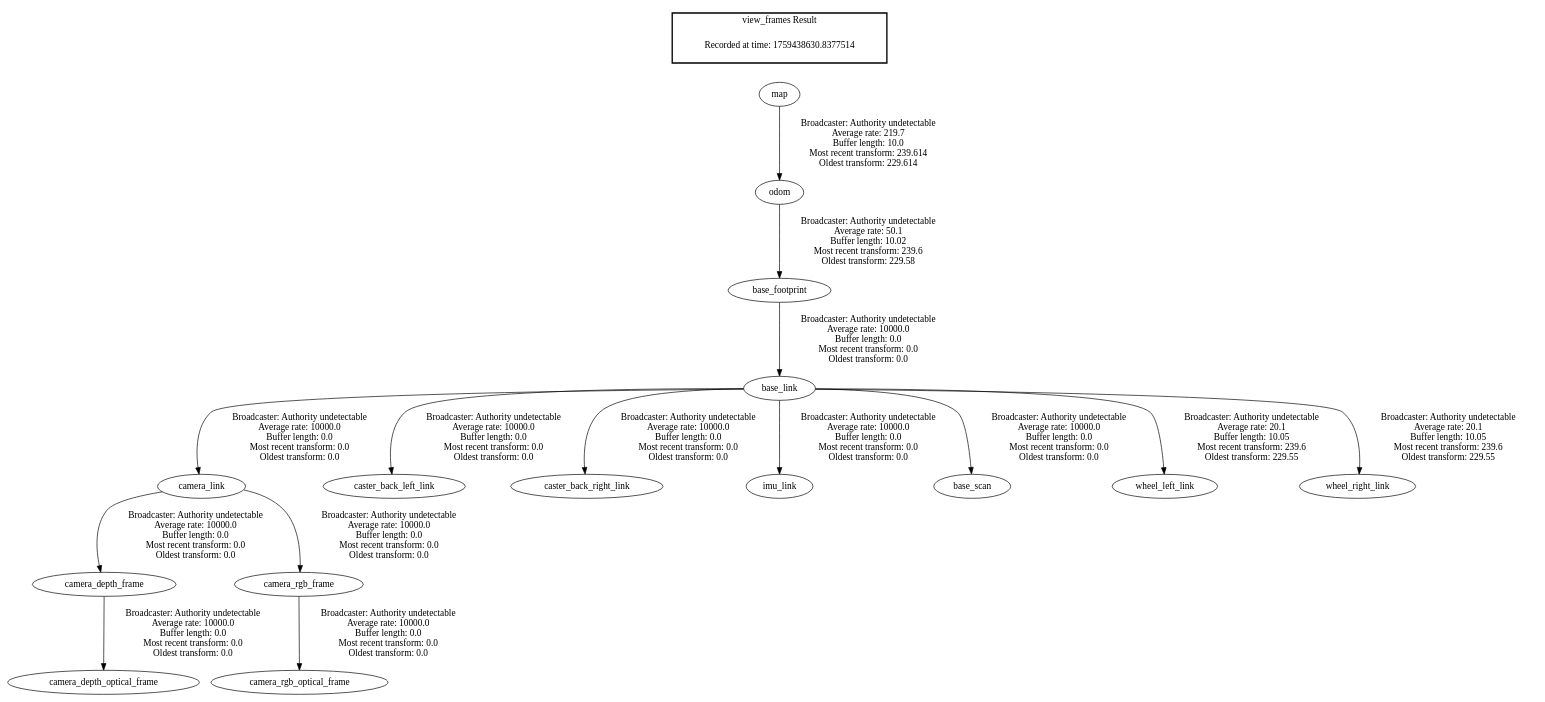
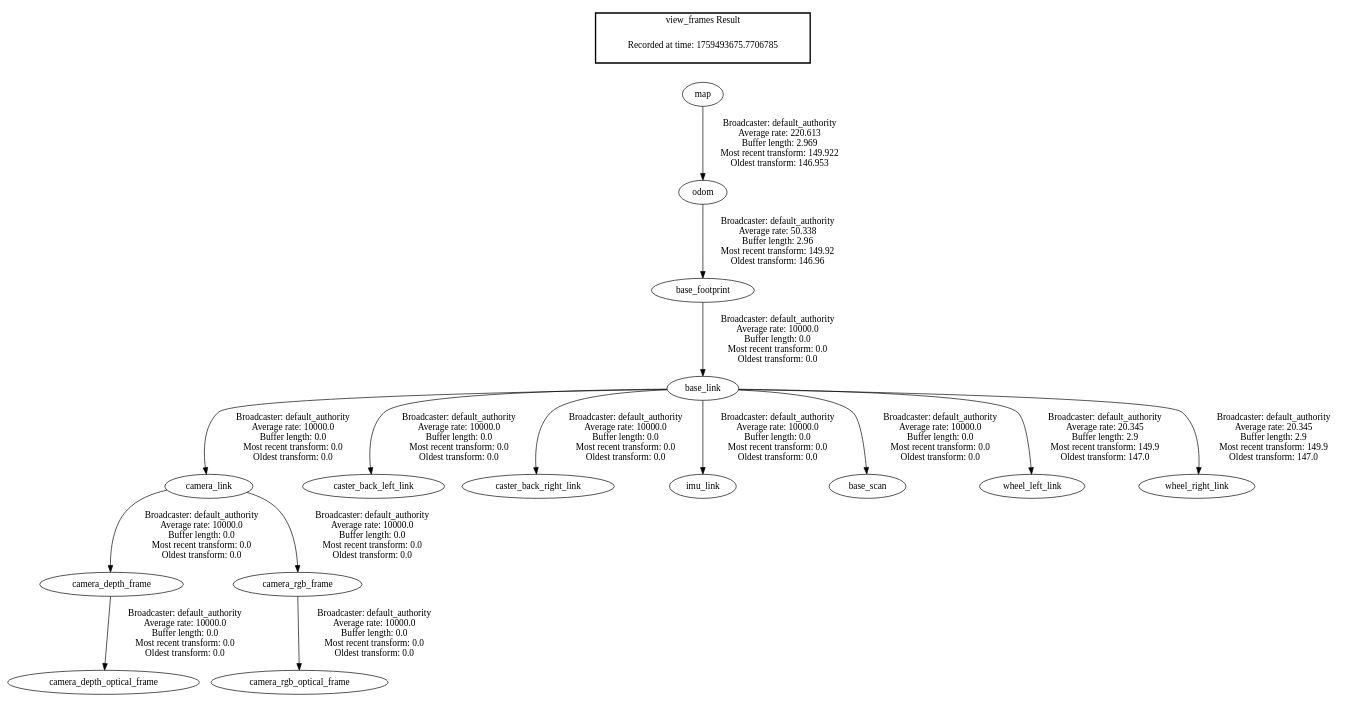
The diagram in ros_ws/frames_view/TF_global_view.gv (gAntonacci8/tb3_multi_nav), drawn with Graphviz before and after one commit. The commit also changed 1 other file, not shown here.

```diff
--- a/ros_ws/frames_view/TF_global_view.gv
+++ b/ros_ws/frames_view/TF_global_view.gv
@@ -1,20 +1,20 @@
 digraph G {
-"base_footprint" -> "base_link"[label=" Broadcaster: Authority undetectable\nAverage rate: 10000.0\nBuffer length: 0.0\nMost recent transform: 0.0\nOldest transform: 0.0\n"];
-"odom" -> "base_footprint"[label=" Broadcaster: Authority undetectable\nAverage rate: 50.1\nBuffer length: 10.02\nMost recent transform: 239.6\nOldest transform: 229.58\n"];
-"camera_link" -> "camera_depth_frame"[label=" Broadcaster: Authority undetectable\nAverage rate: 10000.0\nBuffer length: 0.0\nMost recent transform: 0.0\nOldest transform: 0.0\n"];
-"base_link" -> "camera_link"[label=" Broadcaster: Authority undetectable\nAverage rate: 10000.0\nBuffer length: 0.0\nMost recent transform: 0.0\nOldest transform: 0.0\n"];
-"camera_depth_frame" -> "camera_depth_optical_frame"[label=" Broadcaster: Authority undetectable\nAverage rate: 10000.0\nBuffer length: 0.0\nMost recent transform: 0.0\nOldest transform: 0.0\n"];
-"camera_link" -> "camera_rgb_frame"[label=" Broadcaster: Authority undetectable\nAverage rate: 10000.0\nBuffer length: 0.0\nMost recent transform: 0.0\nOldest transform: 0.0\n"];
-"camera_rgb_frame" -> "camera_rgb_optical_frame"[label=" Broadcaster: Authority undetectable\nAverage rate: 10000.0\nBuffer length: 0.0\nMost recent transform: 0.0\nOldest transform: 0.0\n"];
-"base_link" -> "caster_back_left_link"[label=" Broadcaster: Authority undetectable\nAverage rate: 10000.0\nBuffer length: 0.0\nMost recent transform: 0.0\nOldest transform: 0.0\n"];
-"base_link" -> "caster_back_right_link"[label=" Broadcaster: Authority undetectable\nAverage rate: 10000.0\nBuffer length: 0.0\nMost recent transform: 0.0\nOldest transform: 0.0\n"];
-"base_link" -> "imu_link"[label=" Broadcaster: Authority undetectable\nAverage rate: 10000.0\nBuffer length: 0.0\nMost recent transform: 0.0\nOldest transform: 0.0\n"];
-"base_link" -> "base_scan"[label=" Broadcaster: Authority undetectable\nAverage rate: 10000.0\nBuffer length: 0.0\nMost recent transform: 0.0\nOldest transform: 0.0\n"];
-"map" -> "odom"[label=" Broadcaster: Authority undetectable\nAverage rate: 219.7\nBuffer length: 10.0\nMost recent transform: 239.614\nOldest transform: 229.614\n"];
-"base_link" -> "wheel_left_link"[label=" Broadcaster: Authority undetectable\nAverage rate: 20.1\nBuffer length: 10.05\nMost recent transform: 239.6\nOldest transform: 229.55\n"];
-"base_link" -> "wheel_right_link"[label=" Broadcaster: Authority undetectable\nAverage rate: 20.1\nBuffer length: 10.05\nMost recent transform: 239.6\nOldest transform: 229.55\n"];
+"odom" -> "base_footprint"[label=" Broadcaster: default_authority\nAverage rate: 50.338\nBuffer length: 2.96\nMost recent transform: 149.92\nOldest transform: 146.96\n"];
+"map" -> "odom"[label=" Broadcaster: default_authority\nAverage rate: 220.613\nBuffer length: 2.969\nMost recent transform: 149.922\nOldest transform: 146.953\n"];
+"base_footprint" -> "base_link"[label=" Broadcaster: default_authority\nAverage rate: 10000.0\nBuffer length: 0.0\nMost recent transform: 0.0\nOldest transform: 0.0\n"];
+"camera_link" -> "camera_depth_frame"[label=" Broadcaster: default_authority\nAverage rate: 10000.0\nBuffer length: 0.0\nMost recent transform: 0.0\nOldest transform: 0.0\n"];
+"base_link" -> "camera_link"[label=" Broadcaster: default_authority\nAverage rate: 10000.0\nBuffer length: 0.0\nMost recent transform: 0.0\nOldest transform: 0.0\n"];
+"camera_depth_frame" -> "camera_depth_optical_frame"[label=" Broadcaster: default_authority\nAverage rate: 10000.0\nBuffer length: 0.0\nMost recent transform: 0.0\nOldest transform: 0.0\n"];
+"camera_link" -> "camera_rgb_frame"[label=" Broadcaster: default_authority\nAverage rate: 10000.0\nBuffer length: 0.0\nMost recent transform: 0.0\nOldest transform: 0.0\n"];
+"camera_rgb_frame" -> "camera_rgb_optical_frame"[label=" Broadcaster: default_authority\nAverage rate: 10000.0\nBuffer length: 0.0\nMost recent transform: 0.0\nOldest transform: 0.0\n"];
+"base_link" -> "caster_back_left_link"[label=" Broadcaster: default_authority\nAverage rate: 10000.0\nBuffer length: 0.0\nMost recent transform: 0.0\nOldest transform: 0.0\n"];
+"base_link" -> "caster_back_right_link"[label=" Broadcaster: default_authority\nAverage rate: 10000.0\nBuffer length: 0.0\nMost recent transform: 0.0\nOldest transform: 0.0\n"];
+"base_link" -> "imu_link"[label=" Broadcaster: default_authority\nAverage rate: 10000.0\nBuffer length: 0.0\nMost recent transform: 0.0\nOldest transform: 0.0\n"];
+"base_link" -> "base_scan"[label=" Broadcaster: default_authority\nAverage rate: 10000.0\nBuffer length: 0.0\nMost recent transform: 0.0\nOldest transform: 0.0\n"];
+"base_link" -> "wheel_left_link"[label=" Broadcaster: default_authority\nAverage rate: 20.345\nBuffer length: 2.9\nMost recent transform: 149.9\nOldest transform: 147.0\n"];
+"base_link" -> "wheel_right_link"[label=" Broadcaster: default_authority\nAverage rate: 20.345\nBuffer length: 2.9\nMost recent transform: 149.9\nOldest transform: 147.0\n"];
 edge [style=invis];
  subgraph cluster_legend { style=bold; color=black; label ="view_frames Result";
-"Recorded at time: 1759438630.8377514"[ shape=plaintext ] ;
+"Recorded at time: 1759493675.7706785"[ shape=plaintext ] ;
 }->"map";
 }
```
